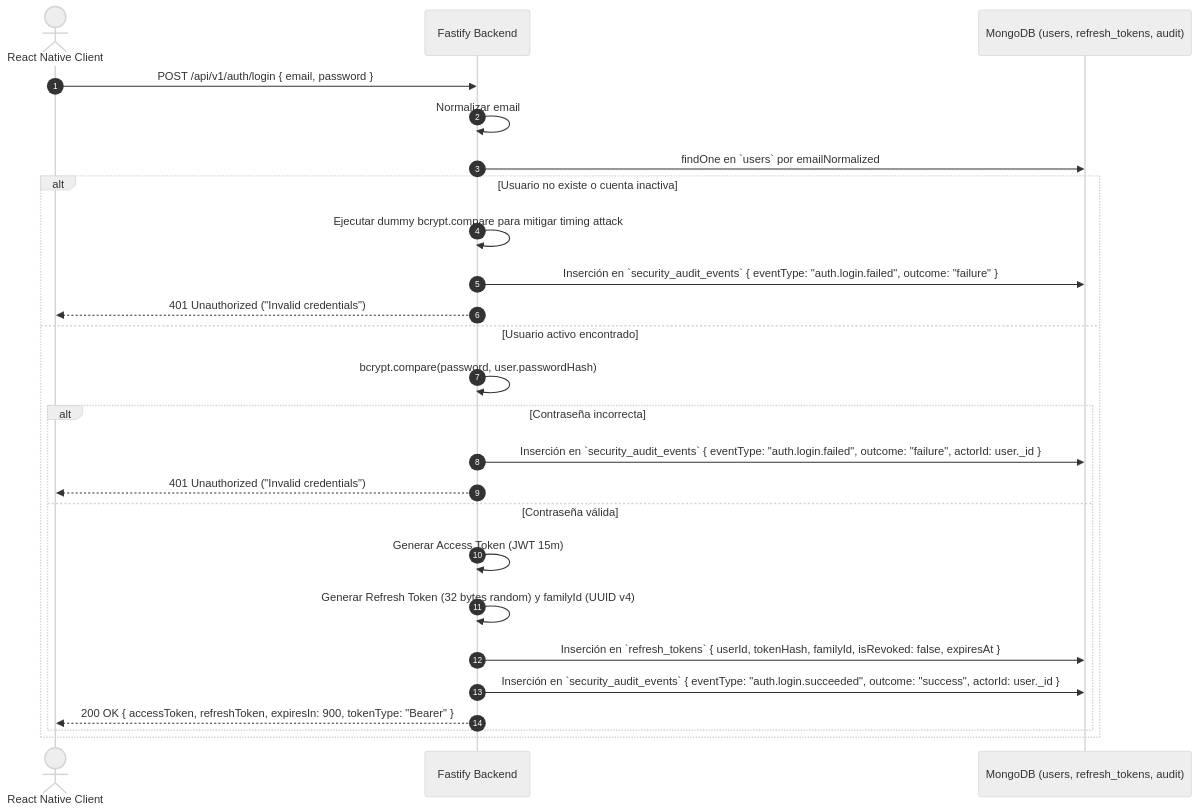
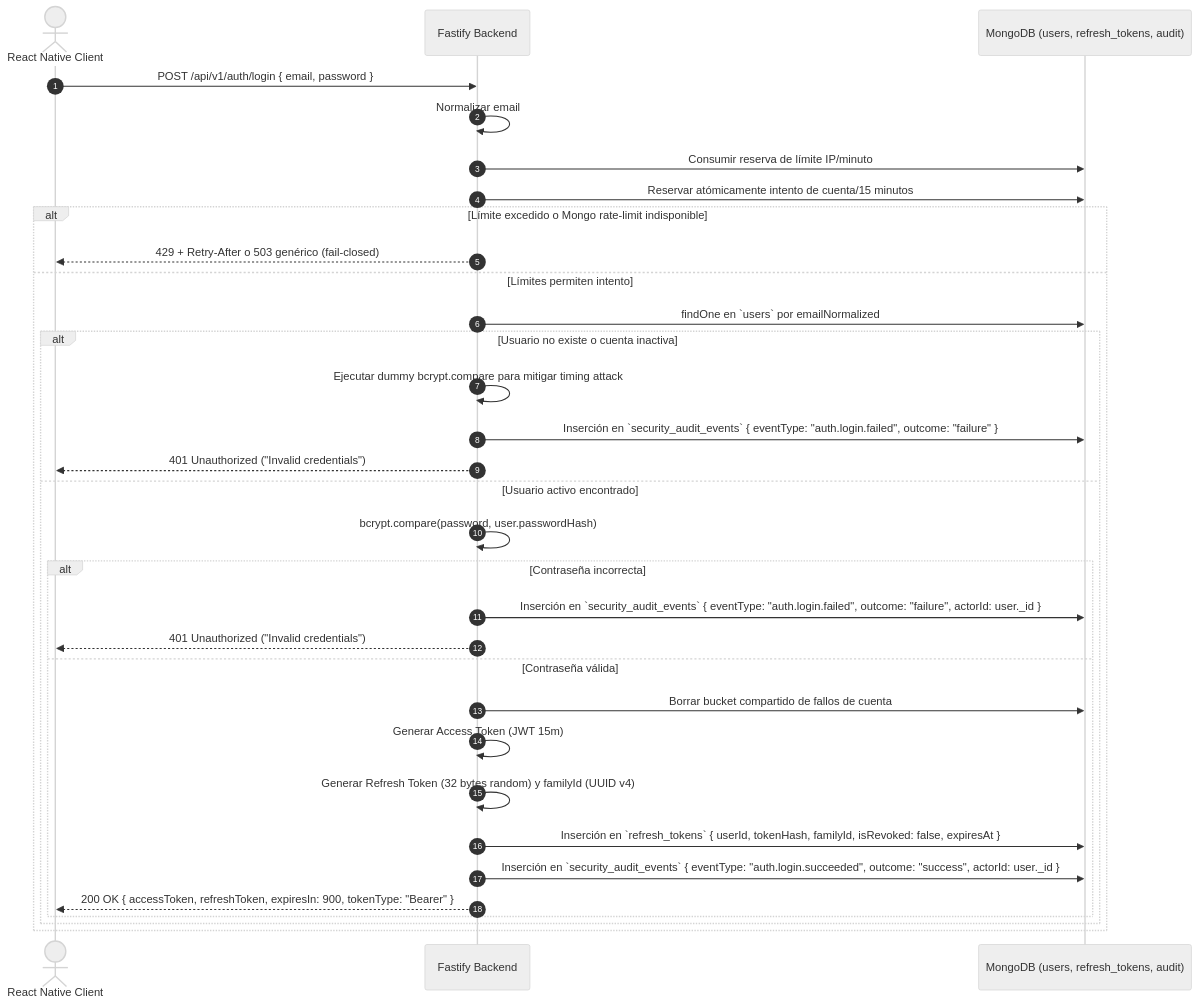
Before and after one commit to ArturoYJ/Enlace-Seguro: the second of 3 diagrams in Context/architecture/auth-design.md, drawn with Mermaid (neutral theme). The commit also changed other lines of this file and 59 other files, not shown here.

````diff
--- a/Context/architecture/auth-design.md
+++ b/Context/architecture/auth-design.md
@@ -140,28 +152,35 @@
 ```mermaid
 sequenceDiagram
     autonumber
     actor Cliente as React Native Client
     participant API as Fastify Backend
     participant BD as MongoDB (users, refresh_tokens, audit)
 
     Cliente->>API: POST /api/v1/auth/login { email, password }
     API->>API: Normalizar email
+    API->>BD: Consumir reserva de límite IP/minuto
+    API->>BD: Reservar atómicamente intento de cuenta/15 minutos
+    alt Límite excedido o Mongo rate-limit indisponible
+        API-->>Cliente: 429 + Retry-After o 503 genérico (fail-closed)
+    else Límites permiten intento
     API->>BD: findOne en `users` por emailNormalized
     alt Usuario no existe o cuenta inactiva
         API->>API: Ejecutar dummy bcrypt.compare para mitigar timing attack
         API->>BD: Inserción en `security_audit_events` { eventType: "auth.login.failed", outcome: "failure" }
         API-->>Cliente: 401 Unauthorized ("Invalid credentials")
     else Usuario activo encontrado
         API->>API: bcrypt.compare(password, user.passwordHash)
         alt Contraseña incorrecta
             API->>BD: Inserción en `security_audit_events` { eventType: "auth.login.failed", outcome: "failure", actorId: user._id }
             API-->>Cliente: 401 Unauthorized ("Invalid credentials")
         else Contraseña válida
+            API->>BD: Borrar bucket compartido de fallos de cuenta
             API->>API: Generar Access Token (JWT 15m)
             API->>API: Generar Refresh Token (32 bytes random) y familyId (UUID v4)
             API->>BD: Inserción en `refresh_tokens` { userId, tokenHash, familyId, isRevoked: false, expiresAt }
             API->>BD: Inserción en `security_audit_events` { eventType: "auth.login.succeeded", outcome: "success", actorId: user._id }
             API-->>Cliente: 200 OK { accessToken, refreshToken, expiresIn: 900, tokenType: "Bearer" }
         end
     end
+    end
 ```
````
